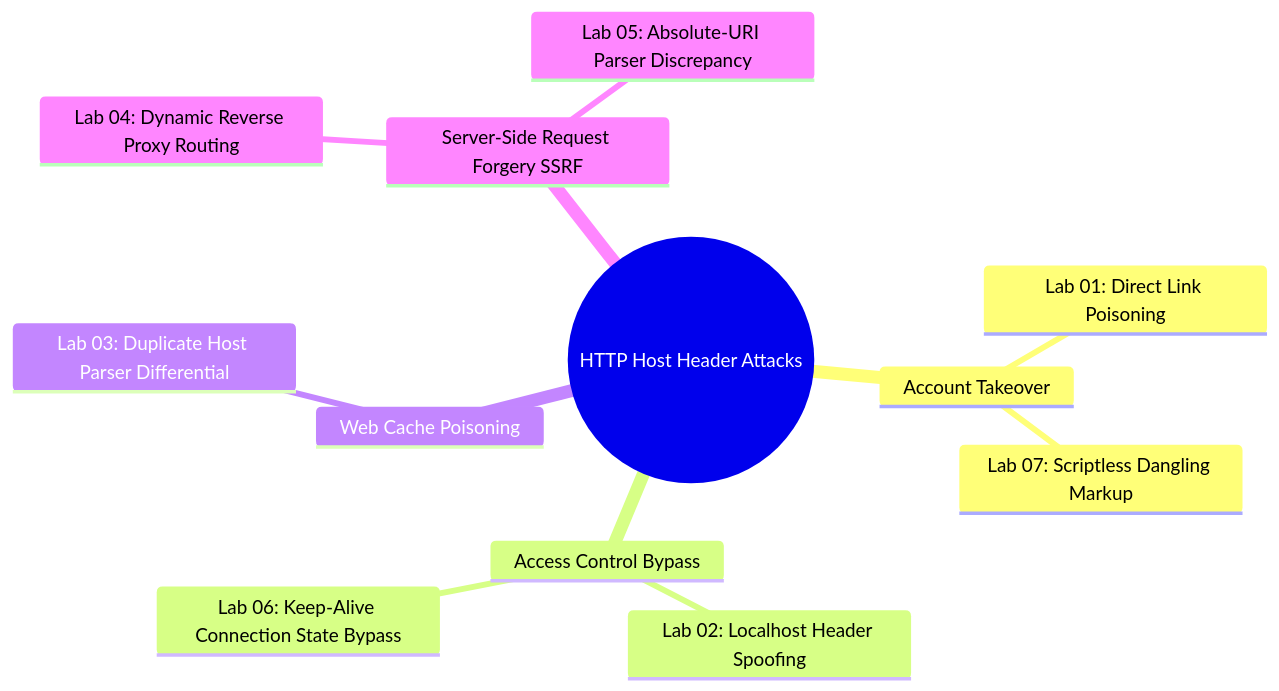
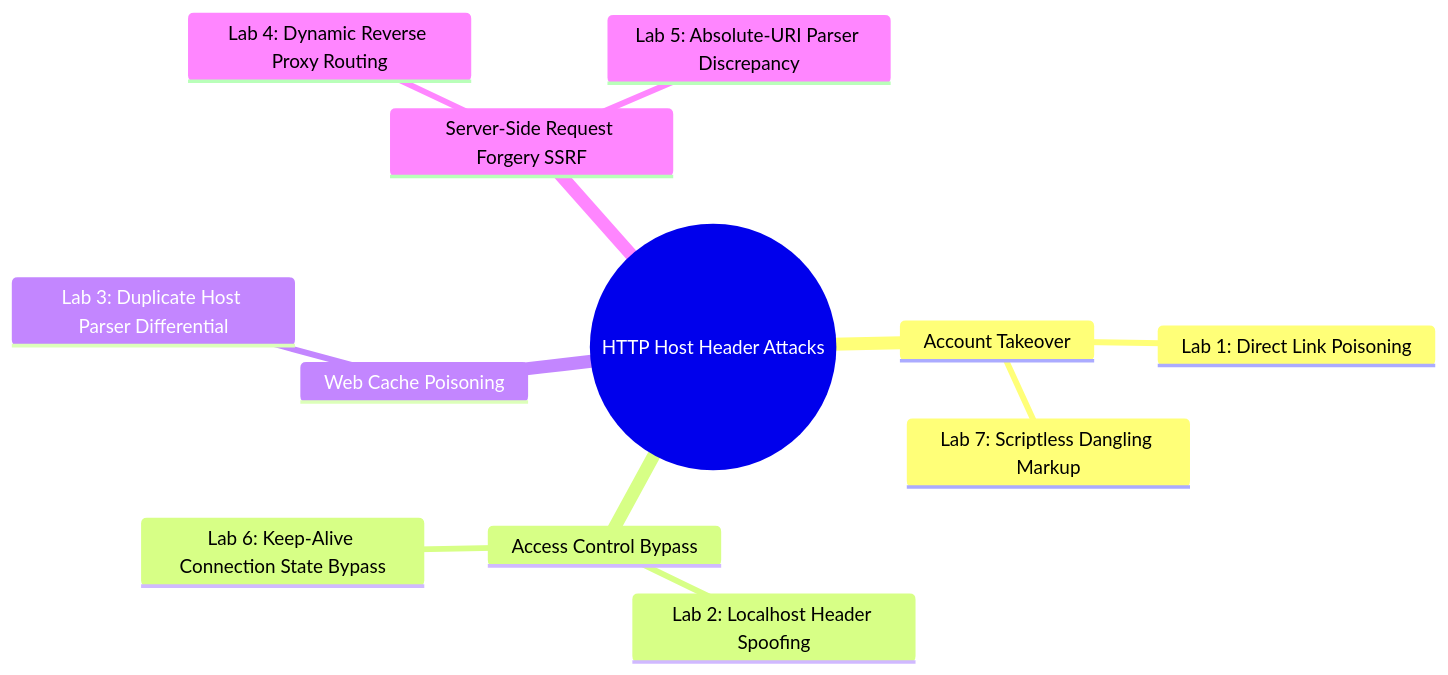
Before and after one commit to k0z1l/k0z1l.github.io: the third of 4 diagrams in content/writeups/portswigger-http-host-header-attack/_index.md, drawn with Mermaid. The commit also changed other lines of this file, not shown here.

Commit message:
fix(table): prevent text wrapping with nowrap and update lab numbers from 0x to x

````diff
--- a/content/writeups/portswigger-http-host-header-attack/_index.md
+++ b/content/writeups/portswigger-http-host-header-attack/_index.md
@@ -176,15 +176,15 @@
 ```mermaid
 mindmap
   root((HTTP Host Header Attacks))
     Account Takeover
-      Lab 01: Direct Link Poisoning
-      Lab 07: Scriptless Dangling Markup
+      Lab 1: Direct Link Poisoning
+      Lab 7: Scriptless Dangling Markup
     Access Control Bypass
-      Lab 02: Localhost Header Spoofing
-      Lab 06: Keep-Alive Connection State Bypass
+      Lab 2: Localhost Header Spoofing
+      Lab 6: Keep-Alive Connection State Bypass
     Web Cache Poisoning
-      Lab 03: Duplicate Host Parser Differential
+      Lab 3: Duplicate Host Parser Differential
     Server-Side Request Forgery SSRF
-      Lab 04: Dynamic Reverse Proxy Routing
-      Lab 05: Absolute-URI Parser Discrepancy
+      Lab 4: Dynamic Reverse Proxy Routing
+      Lab 5: Absolute-URI Parser Discrepancy
 ```
````
